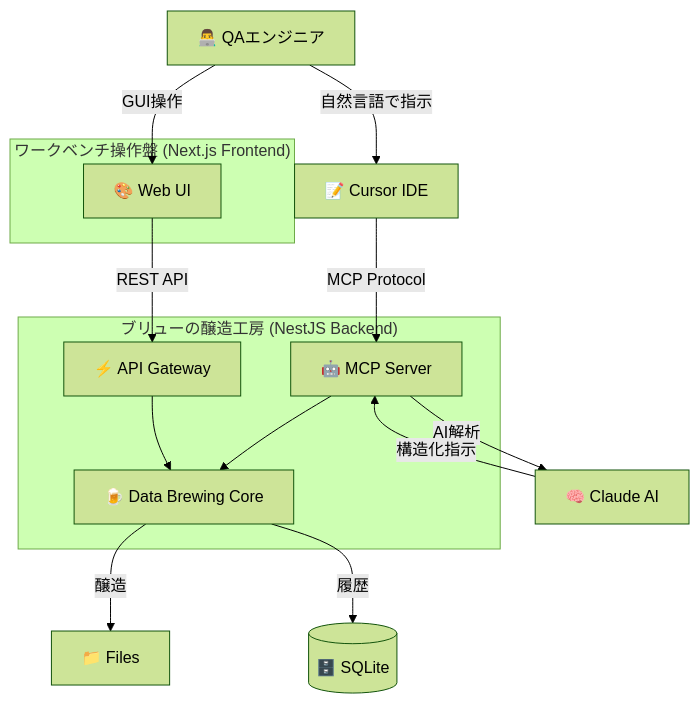
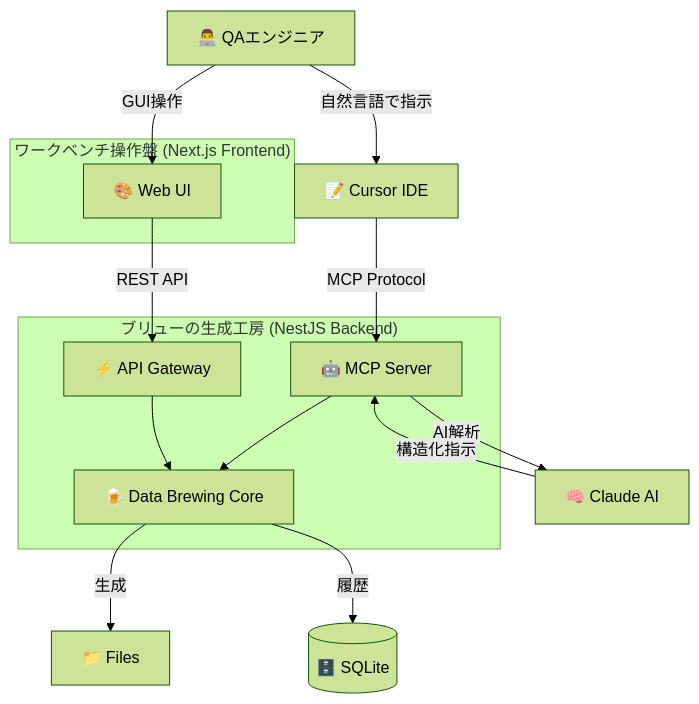
The first of 2 diagrams in README.md (Rons-29/td-buddy-app), drawn with Mermaid (forest theme) before and after one commit. The commit also changed other lines of this file and 45 other files, not shown here.

````diff
--- a/README.md
+++ b/README.md
@@ -155,27 +155,27 @@
 ```mermaid
 graph TB
     QA[👨‍💻 QAエンジニア] --> |自然言語で指示| Cursor[📝 Cursor IDE]
     QA --> |GUI操作| WebUI[🎨 Web UI]
 
     Cursor --> |MCP Protocol| MCP[🤖 MCP Server]
     WebUI --> |REST API| API[⚡ API Gateway]
 
     MCP --> |AI解析| Claude[🧠 Claude AI]
     Claude --> |構造化指示| MCP
 
     MCP --> Core[🍺 Data Brewing Core]
     API --> Core
 
-    Core --> |醸造| Files[📁 Files]
+    Core --> |生成| Files[📁 Files]
     Core --> |履歴| DB[(🗄️ SQLite)]
 
-    subgraph "ブリューの醸造工房 (NestJS Backend)"
+    subgraph "ブリューの生成工房 (NestJS Backend)"
         MCP
         API
         Core
     end
 
     subgraph "ワークベンチ操作盤 (Next.js Frontend)"
         WebUI
     end
 ```
````
